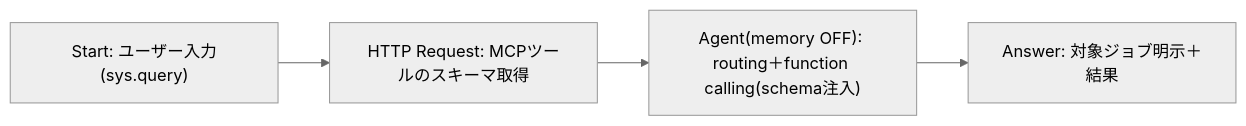
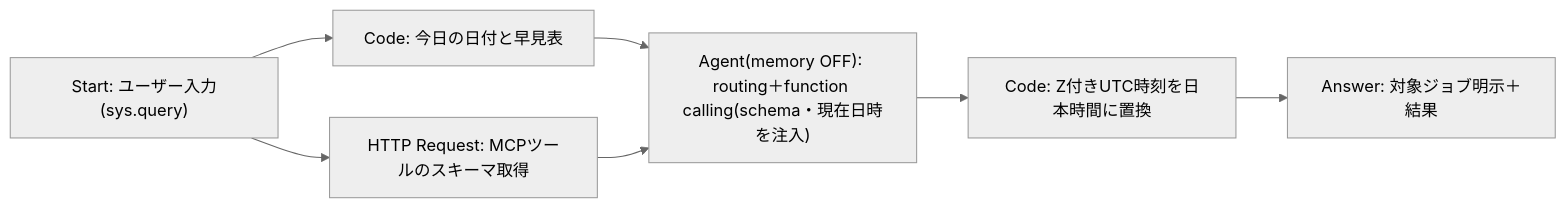
One commit to TechTM-0/uipath-dify-connector changed the fifth of 7 diagrams in docs/照会アシスタントA_設計メモ_案2_FunctionCalling.md. Above: the diagram before and after it, drawn with Mermaid (neutral theme). The commit also changed other lines of this file and 1 other file, not shown here.

````diff
--- a/docs/照会アシスタントA_設計メモ_案2_FunctionCalling.md
+++ b/docs/照会アシスタントA_設計メモ_案2_FunctionCalling.md
@@ -440,6 +536,9 @@
 ```mermaid
 flowchart LR
   ST["Start: ユーザー入力(sys.query)"] --> HTTP["HTTP Request: MCPツールのスキーマ取得"]
-  HTTP --> AG["Agent(memory OFF): routing＋function calling(schema注入)"]
-  AG --> ANS["Answer: 対象ジョブ明示＋結果"]
+  ST --> DAY["Code: 今日の日付と早見表"]
+  DAY --> AG
+  HTTP --> AG["Agent(memory OFF): routing＋function calling(schema・現在日時を注入)"]
+  AG --> CODE["Code: Z付きUTC時刻を日本時間に置換"]
+  CODE --> ANS["Answer: 対象ジョブ明示＋結果"]
 ```
````
